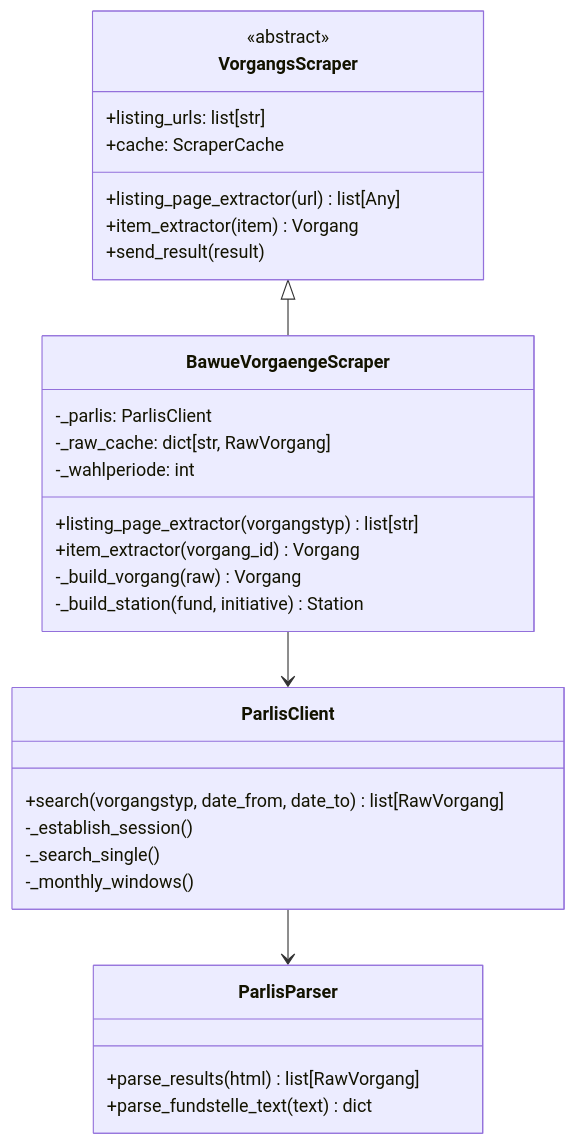
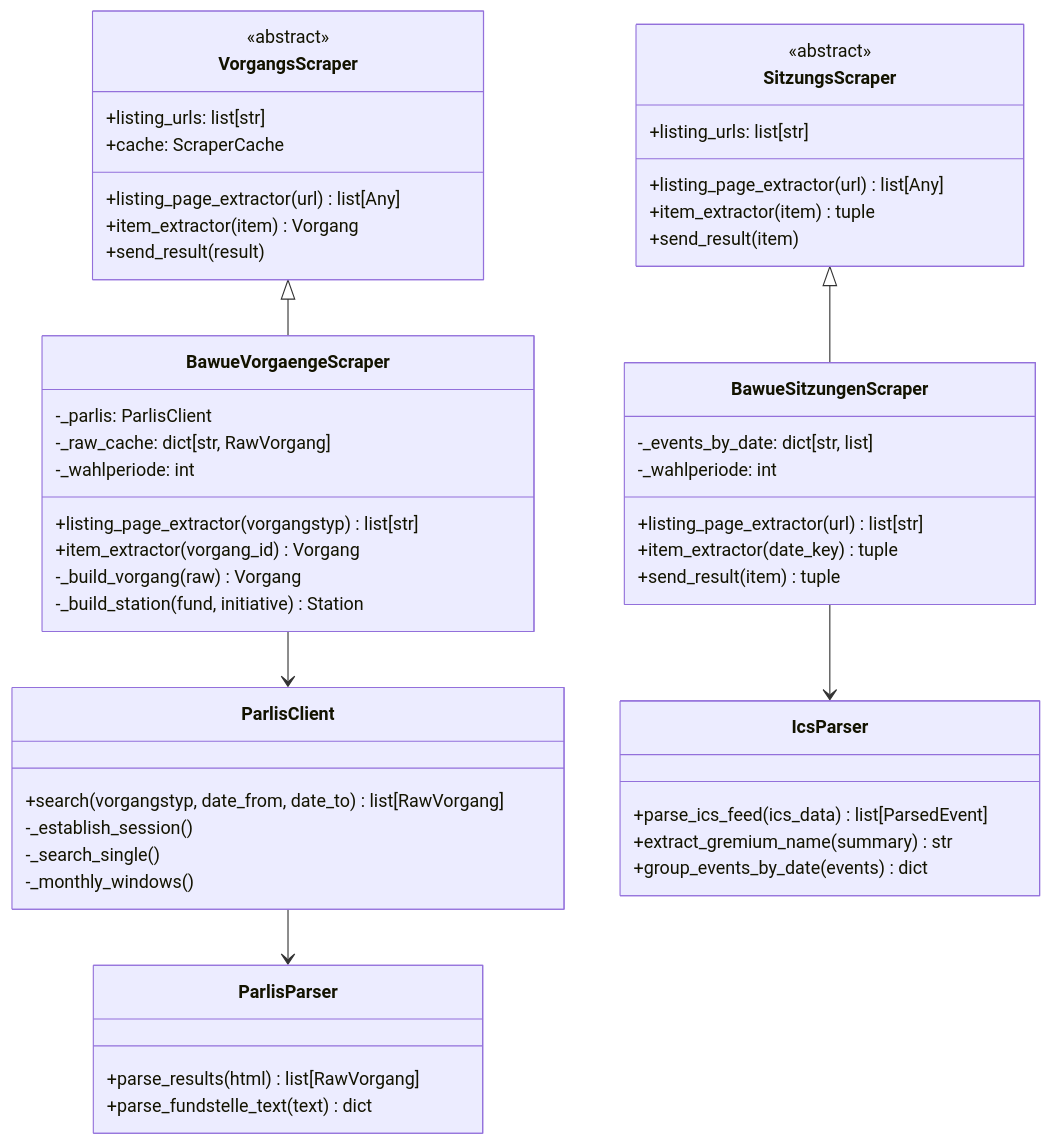
One commit to Parlamentszusammenfasser/pazufa-scraper-bw changed the second of 3 diagrams in docs/architecture.md. Above: the diagram before and after it, drawn with Mermaid. The commit also changed other lines of this file and 9 other files, not shown here.

First line of the commit message:
feat: add BaWue Sitzungen scraper for ICS calendar parsing

````diff
--- a/docs/architecture.md
+++ b/docs/architecture.md
@@ -81,38 +89,62 @@
 ```mermaid
 classDiagram
     class VorgangsScraper {
         <<abstract>>
         +listing_urls: list[str]
         +listing_page_extractor(url) list[Any]
         +item_extractor(item) Vorgang
         +send_result(result)
         +cache: ScraperCache
+    }
+
+    class SitzungsScraper {
+        <<abstract>>
+        +listing_urls: list[str]
+        +listing_page_extractor(url) list[Any]
+        +item_extractor(item) tuple
+        +send_result(item)
     }
 
     class BawueVorgaengeScraper {
         -_parlis: ParlisClient
         -_raw_cache: dict[str, RawVorgang]
         -_wahlperiode: int
         +listing_page_extractor(vorgangstyp) list[str]
         +item_extractor(vorgang_id) Vorgang
         -_build_vorgang(raw) Vorgang
         -_build_station(fund, initiative) Station
     }
 
+    class BawueSitzungenScraper {
+        -_events_by_date: dict[str, list]
+        -_wahlperiode: int
+        +listing_page_extractor(url) list[str]
+        +item_extractor(date_key) tuple
+        +send_result(item) tuple
+    }
+
     VorgangsScraper <|-- BawueVorgaengeScraper
+    SitzungsScraper <|-- BawueSitzungenScraper
 
     class ParlisClient {
         +search(vorgangstyp, date_from, date_to) list[RawVorgang]
         -_establish_session()
         -_search_single()
         -_monthly_windows()
     }
 
     class ParlisParser {
         +parse_results(html) list[RawVorgang]
         +parse_fundstelle_text(text) dict
     }
 
+    class IcsParser {
+        +parse_ics_feed(ics_data) list[ParsedEvent]
+        +extract_gremium_name(summary) str
+        +group_events_by_date(events) dict
+    }
+
     BawueVorgaengeScraper --> ParlisClient
     ParlisClient --> ParlisParser
+    BawueSitzungenScraper --> IcsParser
 ```
````
